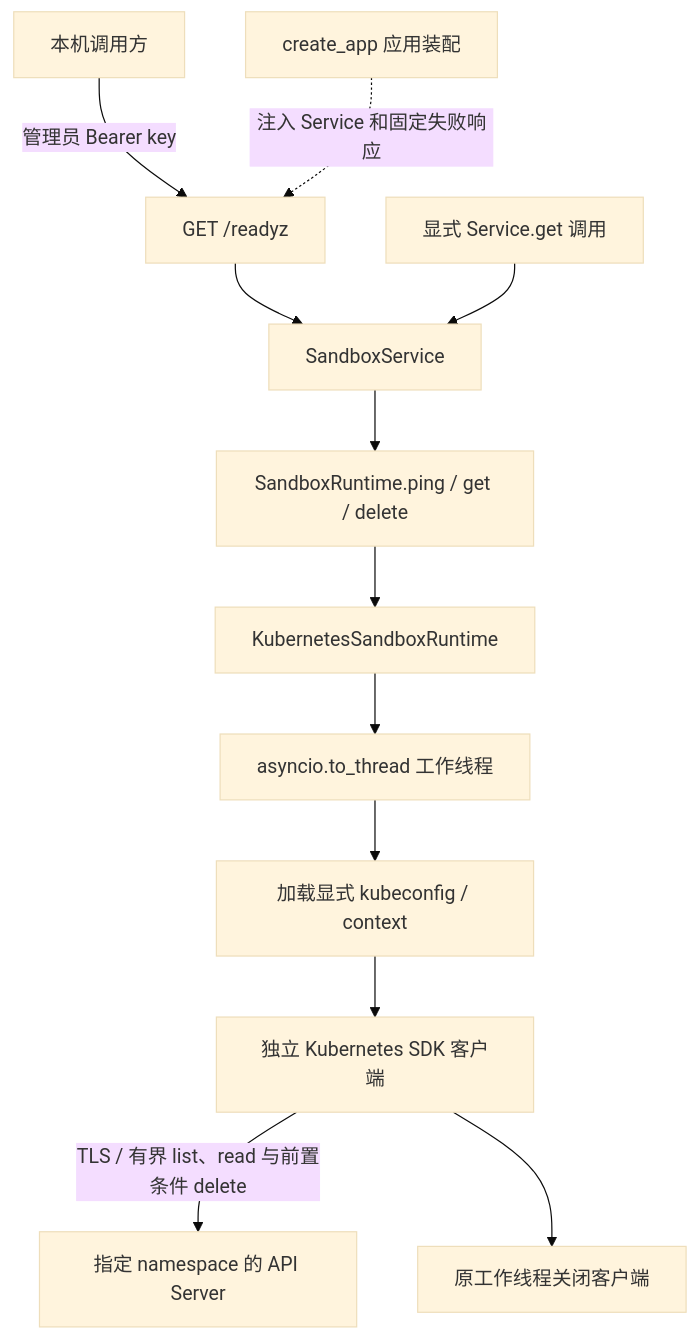
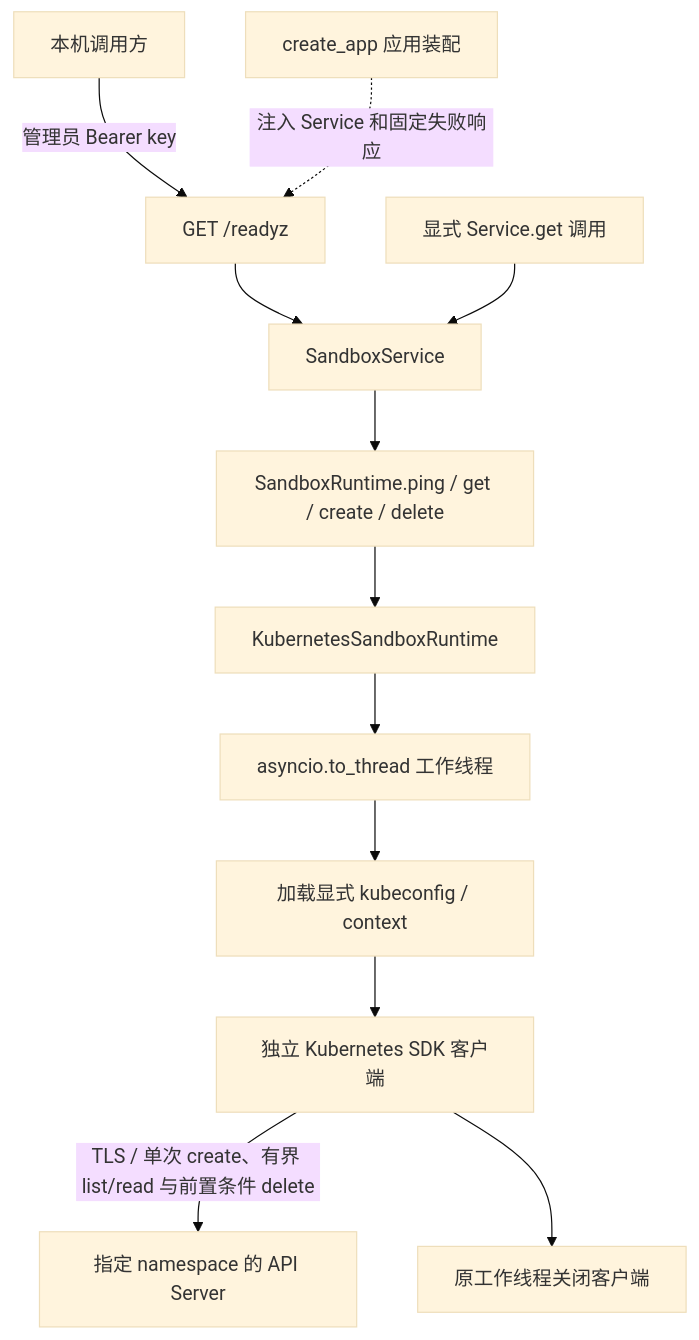
The diagram in docs/control_plane/kubernetes/DESIGN.md (nico-hua/agent-sandbox), drawn with Mermaid (base theme) before and after one commit. The commit also changed other lines of this file and 12 other files, not shown here.

Commit message:
feat(runtime): create Kubernetes sandbox Pods with guarded rollback

````diff
--- a/docs/control_plane/kubernetes/DESIGN.md
+++ b/docs/control_plane/kubernetes/DESIGN.md
@@ -22,14 +23,14 @@
 ```mermaid
 flowchart TD
     Caller[本机调用方] -->|管理员 Bearer key| API[GET /readyz]
     App[create_app 应用装配] -. 注入 Service 和固定失败响应 .-> API
     API --> Service[SandboxService]
     Query[显式 Service.get 调用] --> Service
-    Service --> Contract[SandboxRuntime.ping / get / delete]
+    Service --> Contract[SandboxRuntime.ping / get / create / delete]
     Contract --> Runtime[KubernetesSandboxRuntime]
     Runtime --> Worker[asyncio.to_thread 工作线程]
     Worker --> Config[加载显式 kubeconfig / context]
     Config --> SDK[独立 Kubernetes SDK 客户端]
-    SDK -->|TLS / 有界 list、read 与前置条件 delete| Cluster[指定 namespace 的 API Server]
+    SDK -->|TLS / 单次 create、有界 list/read 与前置条件 delete| Cluster[指定 namespace 的 API Server]
     SDK --> Close[原工作线程关闭客户端]
 ```
````
